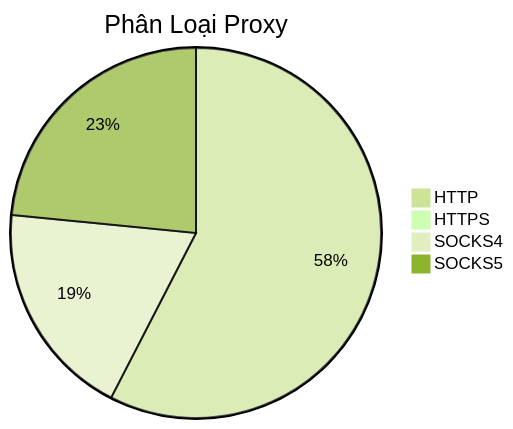
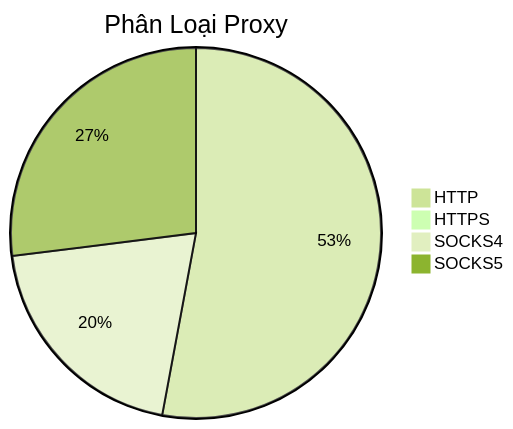
Before and after one commit to Ciara-12/PROXY-free: the diagram in README.md, drawn with Mermaid (forest theme). The commit also changed other lines of this file and 4 other files, not shown here.

````diff
--- a/README.md
+++ b/README.md
@@ -26,7 +26,7 @@
 ```mermaid
 pie title Phân Loại Proxy
-    "HTTP" : 840
-    "HTTPS" : 0
-    "SOCKS4" : 277
-    "SOCKS5" : 342
+    "HTTP" : 661
+    "HTTPS" : 1
+    "SOCKS4" : 251
+    "SOCKS5" : 337
 ```
````
